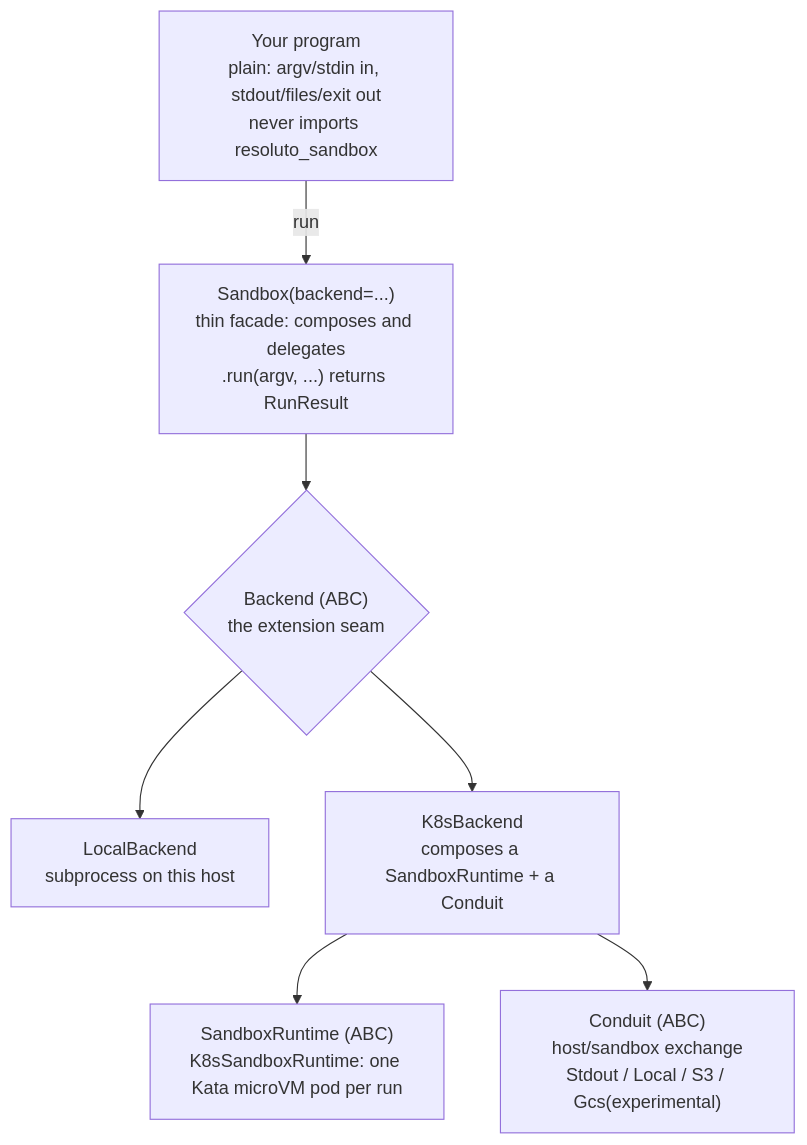
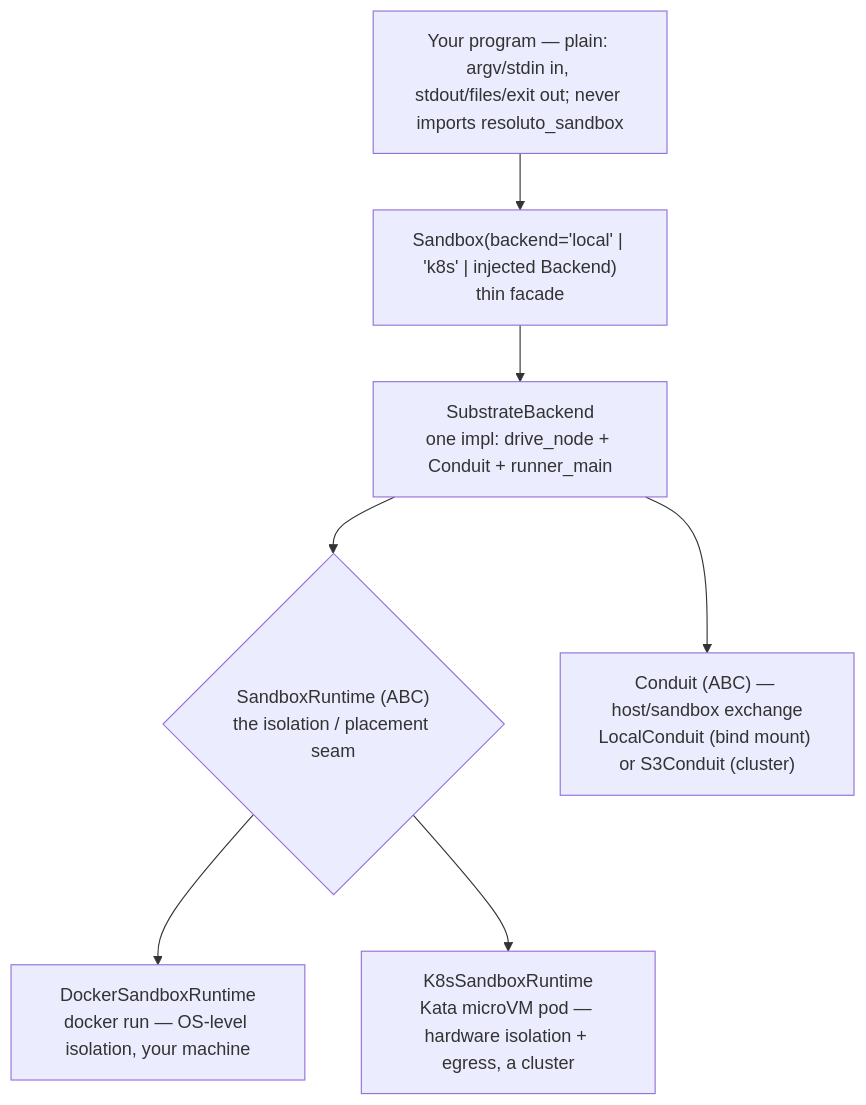
Before and after one commit to DeepBlueCoding/resoluto-sandbox: the first of 2 diagrams in README.md, drawn with Mermaid. The commit also changed other lines of this file and 21 other files, not shown here.

Commit message:
docs: local = Docker across docs/skills/diagrams; fix renamed store_env_for_pod import; finish dev-skill rewrites

````diff
--- a/README.md
+++ b/README.md
@@ -72,16 +73,15 @@
 ```mermaid
 flowchart TD
-    P["Your program<br/>plain: argv/stdin in, stdout/files/exit out<br/>never imports resoluto_sandbox"]
-    S["Sandbox(backend=...)<br/>thin facade: composes and delegates<br/>.run(argv, ...) returns RunResult"]
-    B{"Backend (ABC)<br/>the extension seam"}
-    L["LocalBackend<br/>subprocess on this host"]
-    K["K8sBackend<br/>composes a SandboxRuntime + a Conduit"]
-    RT["SandboxRuntime (ABC)<br/>K8sSandboxRuntime: one Kata microVM pod per run"]
-    CD["Conduit (ABC)<br/>host/sandbox exchange<br/>Stdout / Local / S3 / Gcs(experimental)"]
-    P -->|run| S
-    S --> B
-    B --> L
-    B --> K
-    K --> RT
-    K --> CD
+    P["Your program — plain: argv/stdin in, stdout/files/exit out; never imports resoluto_sandbox"]
+    S["Sandbox(backend='local' | 'k8s' | injected Backend)<br/>thin facade"]
+    SB["SubstrateBackend<br/>one impl: drive_node + Conduit + runner_main"]
+    RT{"SandboxRuntime (ABC)<br/>the isolation / placement seam"}
+    D["DockerSandboxRuntime<br/>docker run — OS-level isolation, your machine"]
+    K["K8sSandboxRuntime<br/>Kata microVM pod — hardware isolation + egress, a cluster"]
+    CD["Conduit (ABC) — host/sandbox exchange<br/>LocalConduit (bind mount) or S3Conduit (cluster)"]
+    P --> S --> SB
+    SB --> RT
+    RT --> D
+    RT --> K
+    SB --> CD
 ```
````
